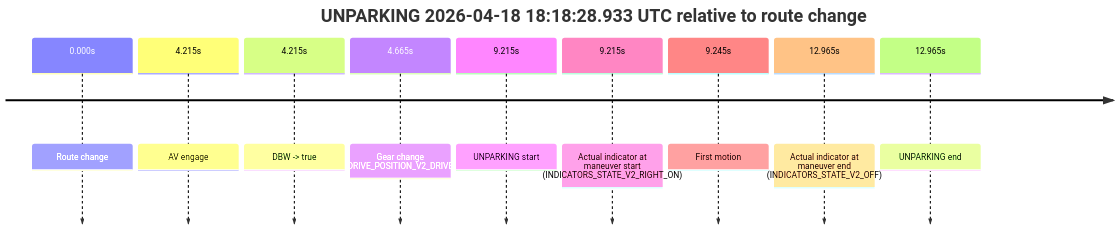
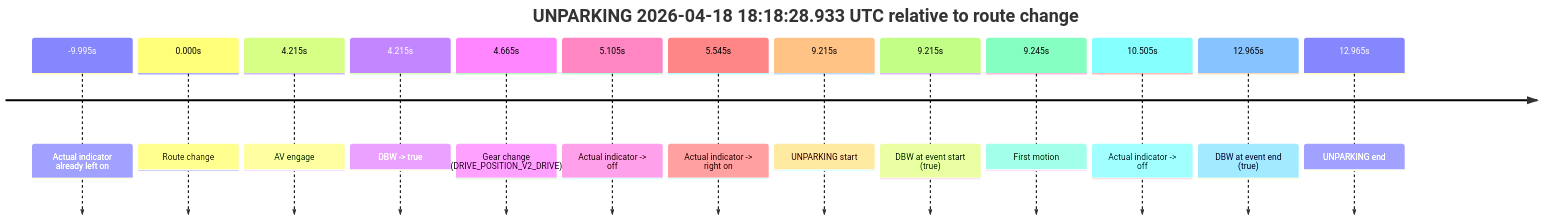
One commit to yoelshapiro/vault changed the third of 3 diagrams in model_analysis/report_cards/2026/04/Week-3/fme20009--2026-04-18--16-58-08--gen2-av-4a983ca6-b715-4fe9-8900-652e1c19580d.md. Above: the diagram before and after it, drawn with Mermaid. The commit also changed other lines of this file and 85 other files, not shown here.

````diff
--- a/model_analysis/report_cards/2026/04/Week-3/fme20009--2026-04-18--16-58-08--gen2-av-4a983ca6-b715-4fe9-8900-652e1c19580d.md
+++ b/model_analysis/report_cards/2026/04/Week-3/fme20009--2026-04-18--16-58-08--gen2-av-4a983ca6-b715-4fe9-8900-652e1c19580d.md
@@ -204,13 +232,17 @@
 ```mermaid
 timeline
     title UNPARKING 2026-04-18 18:18:28.933 UTC relative to route change
+    -9.995s : Actual indicator already left on
     0.000s : Route change
     4.215s : AV engage
     4.215s : DBW -> true
     4.665s : Gear change (DRIVE_POSITION_V2_DRIVE)
+    5.105s : Actual indicator -> off
+    5.545s : Actual indicator -> right on
     9.215s : UNPARKING start
-    9.215s : Actual indicator at maneuver start (INDICATORS_STATE_V2_RIGHT_ON)
+    9.215s : DBW at event start (true)
     9.245s : First motion
-    12.965s : Actual indicator at maneuver end (INDICATORS_STATE_V2_OFF)
+    10.505s : Actual indicator -> off
+    12.965s : DBW at event end (true)
     12.965s : UNPARKING end
 ```
````
